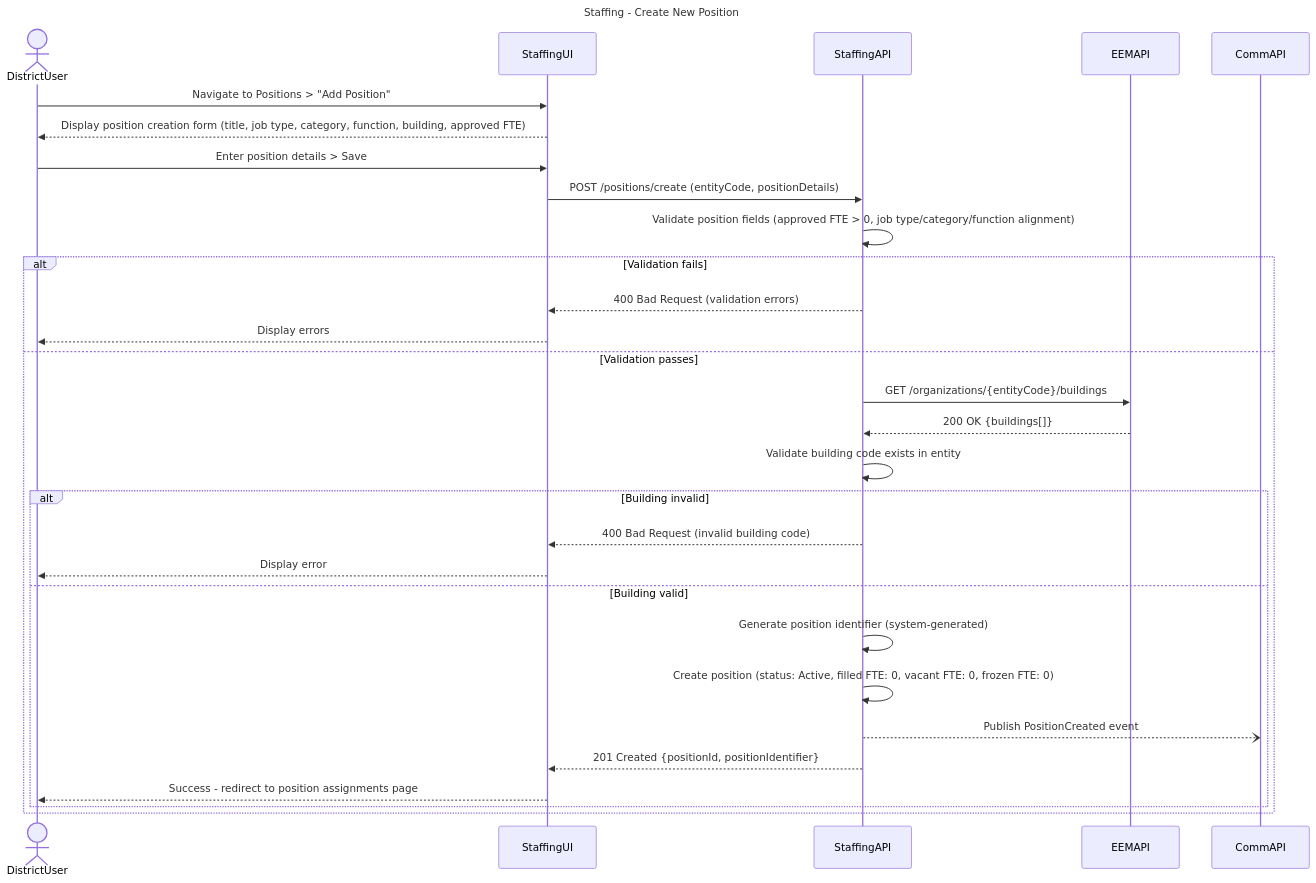
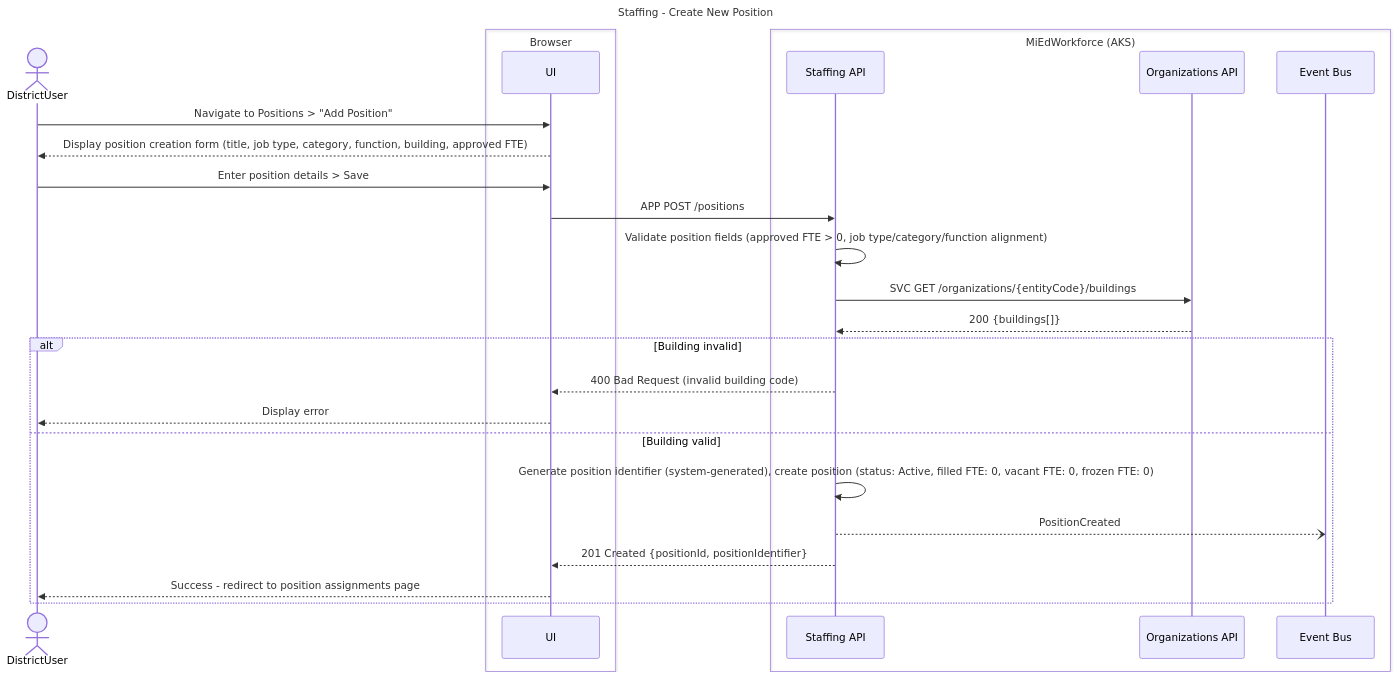
Diagram 13 of 14 in working-docs/solution-areas/staffing/staffing-sequences.md (mnichols-dl/mied-design), drawn with Mermaid before and after one commit. The commit also changed other lines of this file and 34 other files, not shown here.

Commit message:
Update sequences and perform RTM assessment

````diff
--- a/working-docs/solution-areas/staffing/staffing-sequences.md
+++ b/working-docs/solution-areas/staffing/staffing-sequences.md
@@ -646,39 +784,35 @@
 ```mermaid
 ---
 title: Staffing - Create New Position
 ---
 sequenceDiagram
     actor DistrictUser
-    participant StaffingUI
-    participant StaffingAPI
-    participant EEMAPI
-    participant CommAPI
-    
-    DistrictUser->>StaffingUI: Navigate to Positions > "Add Position"
-    StaffingUI-->>DistrictUser: Display position creation form (title, job type, category, function, building, approved FTE)
-    
-    DistrictUser->>StaffingUI: Enter position details > Save
-    StaffingUI->>StaffingAPI: POST /positions/create (entityCode, positionDetails)
-    
-    StaffingAPI->>StaffingAPI: Validate position fields (approved FTE > 0, job type/category/function alignment)
-    
-    alt Validation fails
-        StaffingAPI-->>StaffingUI: 400 Bad Request (validation errors)
-        StaffingUI-->>DistrictUser: Display errors
-    else Validation passes
-        StaffingAPI->>EEMAPI: GET /organizations/{entityCode}/buildings
-        EEMAPI-->>StaffingAPI: 200 OK {buildings[]}
-        StaffingAPI->>StaffingAPI: Validate building code exists in entity
-        
-        alt Building invalid
-            StaffingAPI-->>StaffingUI: 400 Bad Request (invalid building code)
-            StaffingUI-->>DistrictUser: Display error
-        else Building valid
-            StaffingAPI->>StaffingAPI: Generate position identifier (system-generated)
-            StaffingAPI->>StaffingAPI: Create position (status: Active, filled FTE: 0, vacant FTE: 0, frozen FTE: 0)
-            StaffingAPI--)CommAPI: Publish PositionCreated event
-            StaffingAPI-->>StaffingUI: 201 Created {positionId, positionIdentifier}
-            StaffingUI-->>DistrictUser: Success - redirect to position assignments page
-        end
+    box Browser
+        participant UI as UI
+    end
+    box MiEdWorkforce (AKS)
+        participant StaffingApi as Staffing API
+        participant OrgApi as Organizations API
+        participant EventBus as Event Bus
+    end
+
+    DistrictUser->>UI: Navigate to Positions > "Add Position"
+    UI-->>DistrictUser: Display position creation form (title, job type, category, function, building, approved FTE)
+
+    DistrictUser->>UI: Enter position details > Save
+    UI->>StaffingApi: APP POST /positions
+
+    StaffingApi->>StaffingApi: Validate position fields (approved FTE > 0, job type/category/function alignment)
+    StaffingApi->>OrgApi: SVC GET /organizations/{entityCode}/buildings
+    OrgApi-->>StaffingApi: 200 {buildings[]}
+
+    alt Building invalid
+        StaffingApi-->>UI: 400 Bad Request (invalid building code)
+        UI-->>DistrictUser: Display error
+    else Building valid
+        StaffingApi->>StaffingApi: Generate position identifier (system-generated), create position (status: Active, filled FTE: 0, vacant FTE: 0, frozen FTE: 0)
+        StaffingApi--)EventBus: PositionCreated
+        StaffingApi-->>UI: 201 Created {positionId, positionIdentifier}
+        UI-->>DistrictUser: Success - redirect to position assignments page
     end
 ```
````
